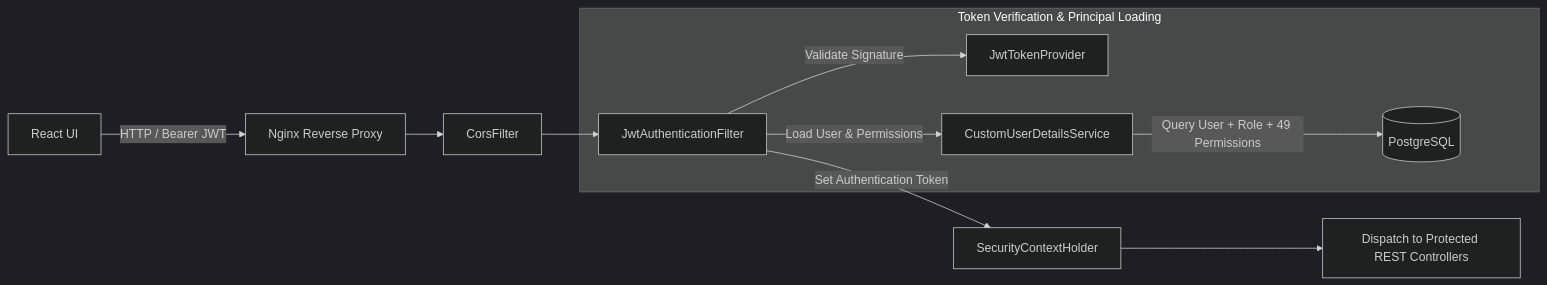
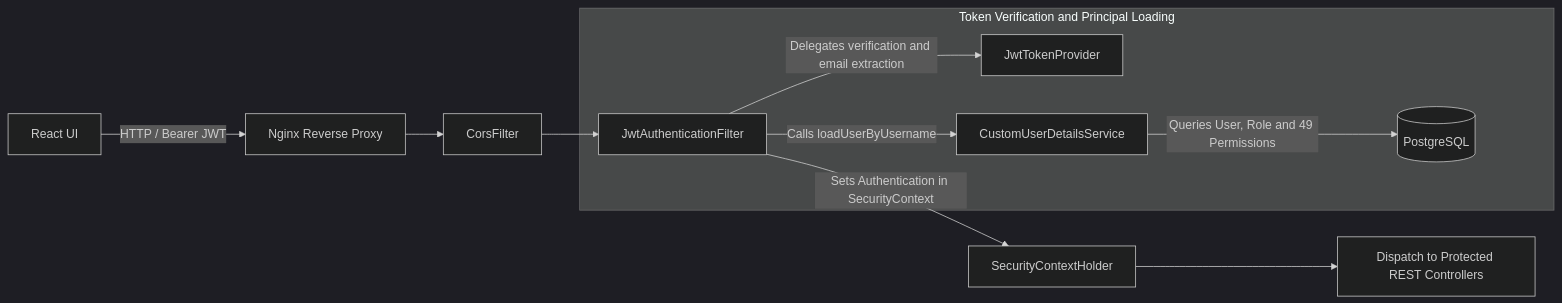
One commit to NatsuDrag9/wealth-tech-crm changed the second of 30 diagrams in docs/Uml_Diagrams.md. Above: the diagram before and after it, drawn with Mermaid (dark theme). The commit also changed other lines of this file, not shown here.

Commit message:
docs(uml-diagrams): minor changes

````diff
--- a/docs/Uml_Diagrams.md
+++ b/docs/Uml_Diagrams.md
@@ -35,15 +35,15 @@
 ```mermaid
 flowchart LR
-    Client["React UI"] -->|HTTP / Bearer JWT| Nginx["Nginx Reverse Proxy"]
+    Client["React UI"] -->|"HTTP / Bearer JWT"| Nginx["Nginx Reverse Proxy"]
     Nginx --> Cors["CorsFilter"]
     Cors --> JwtFilter["JwtAuthenticationFilter"]
     
-    subgraph TokenAuth["Token Verification & Principal Loading"]
-        JwtFilter -->|Validate Signature| Provider["JwtTokenProvider"]
-        JwtFilter -->|Load User & Permissions| UDS["CustomUserDetailsService"]
-        UDS -->|Query User + Role + 49 Permissions| DB[("PostgreSQL")]
+    subgraph TokenAuth["Token Verification and Principal Loading"]
+        JwtFilter -->|"Delegates verification and email extraction"| Provider["JwtTokenProvider"]
+        JwtFilter -->|"Calls loadUserByUsername"| UDS["CustomUserDetailsService"]
+        UDS -->|"Queries User, Role and 49 Permissions"| DB[("PostgreSQL")]
     end
     
-    JwtFilter -->|Set Authentication Token| SecContext["SecurityContextHolder"]
+    JwtFilter -->|"Sets Authentication in SecurityContext"| SecContext["SecurityContextHolder"]
     SecContext --> Dispatch["Dispatch to Protected REST Controllers"]
 ```
````
